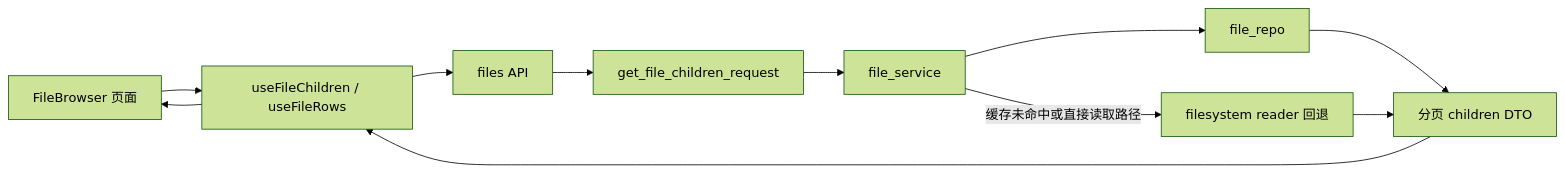
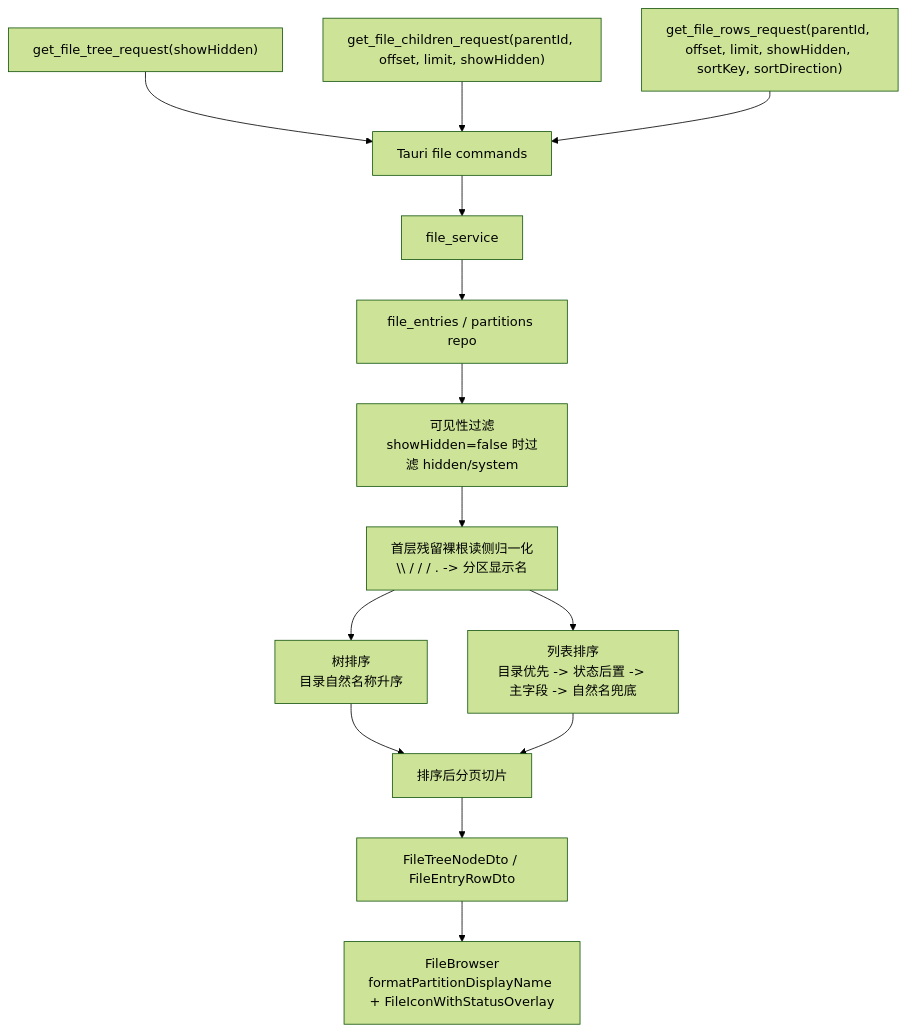
One commit to lQ-A-Ql/meow-detective changed the eighth of 14 diagrams in docs/model-architecture-algorithm-diagrams.md. Above: the diagram before and after it, drawn with Mermaid (forest theme). The commit also changed other lines of this file and 70 other files, not shown here.

````diff
--- a/docs/model-architecture-algorithm-diagrams.md
+++ b/docs/model-architecture-algorithm-diagrams.md
@@ -304,22 +330,27 @@
 ```mermaid
-flowchart LR
-  UI["FileBrowser 页面"]
-  Hook["useFileChildren / useFileRows"]
-  API["files API"]
-  Command["get_file_children_request"]
+flowchart TB
+  TreeReq["get_file_tree_request(showHidden)"]
+  ChildReq["get_file_children_request(parentId, offset, limit, showHidden)"]
+  RowReq["get_file_rows_request(parentId, offset, limit, showHidden, sortKey, sortDirection)"]
+  Command["Tauri file commands"]
   Service["file_service"]
-  Repo["file_repo"]
-  FS["filesystem reader 回退"]
-  Page["分页 children DTO"]
+  Repo["file_entries / partitions repo"]
+  Visible["可见性过滤<br/>showHidden=false 时过滤 hidden/system"]
+  Normalize["首层残留裸根读侧归一化<br/>\\ / / / . -> 分区显示名"]
+  TreeSort["树排序<br/>目录自然名称升序"]
+  RowSort["列表排序<br/>目录优先 -> 状态后置 -> 主字段 -> 自然名兜底"]
+  Page["排序后分页切片"]
+  Dto["FileTreeNodeDto / FileEntryRowDto"]
+  Frontend["FileBrowser<br/>formatPartitionDisplayName + FileIconWithStatusOverlay"]
 
-  UI --> Hook
-  Hook --> API
-  API --> Command
-  Command --> Service
-  Service --> Repo
-  Service -->|缓存未命中或直接读取路径| FS
-  Repo --> Page
-  FS --> Page
-  Page --> Hook
-  Hook --> UI
+  TreeReq --> Command
+  ChildReq --> Command
+  RowReq --> Command
+  Command --> Service --> Repo
+  Repo --> Visible --> Normalize
+  Normalize --> TreeSort
+  Normalize --> RowSort
+  TreeSort --> Page
+  RowSort --> Page
+  Page --> Dto --> Frontend
 ```
````
